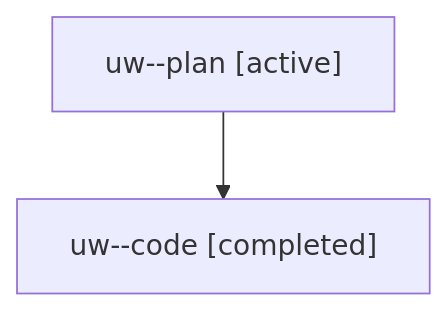
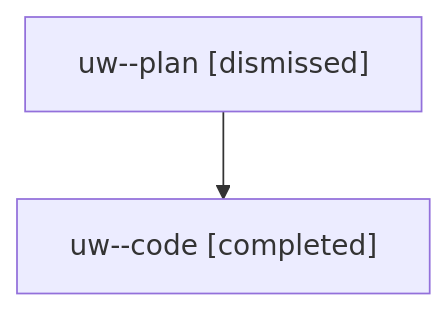
One commit to bobs-org/bob-cli--agents changed the diagram in sessions/bbugyi200.athena.uw.md. Above: the diagram before and after it, drawn with Mermaid. The commit also changed other lines of this file and 33 other files, not shown here.

````diff
--- a/sessions/bbugyi200.athena.uw.md
+++ b/sessions/bbugyi200.athena.uw.md
@@ -9,6 +9,6 @@
 ```mermaid
 flowchart TD
-  n0["uw--plan [active]"]
+  n0["uw--plan [dismissed]"]
   n1["uw--code [completed]"]
   n0 --> n1
 ```
````
